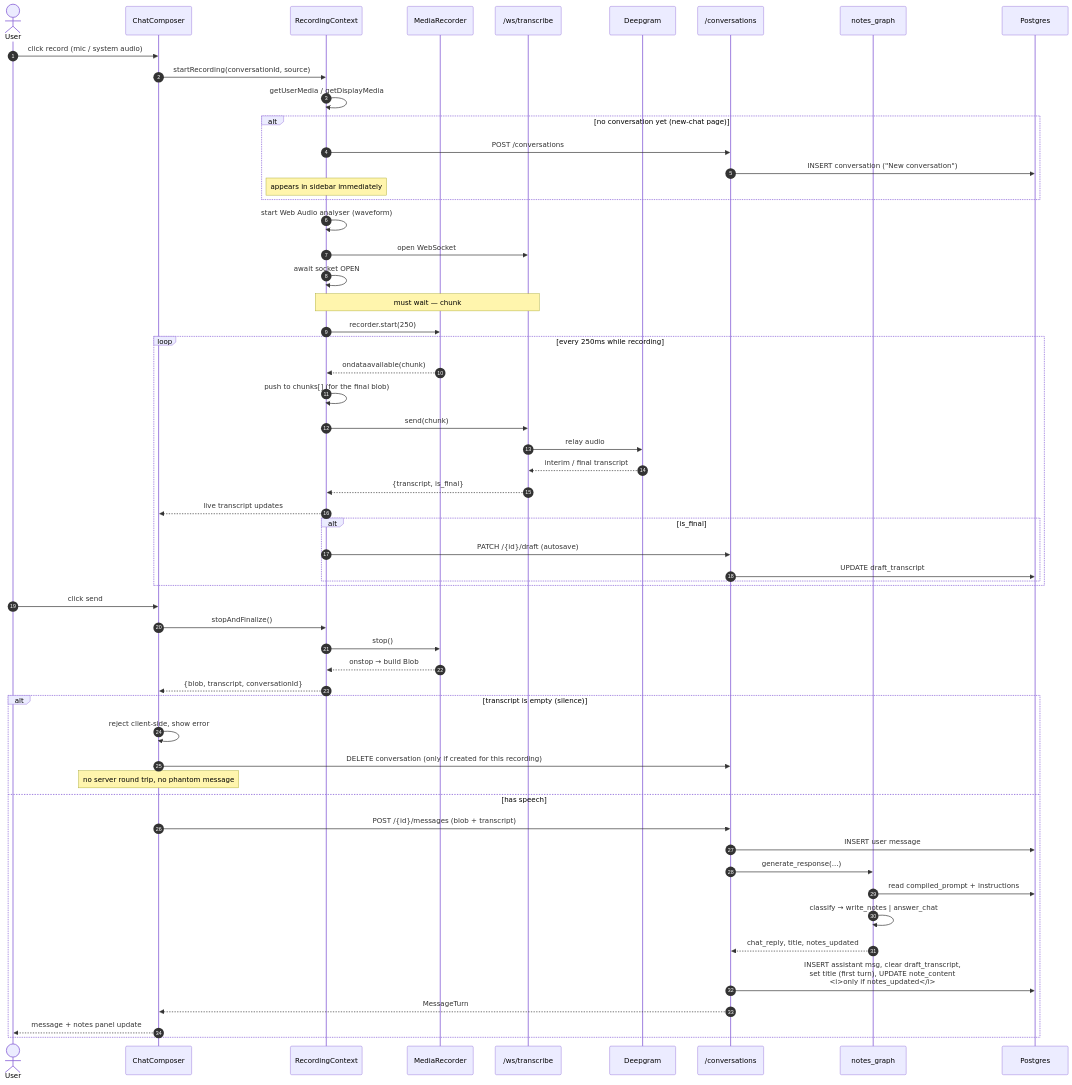
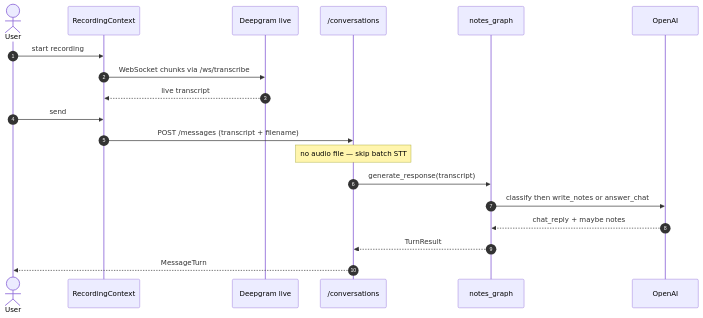
Before and after one commit to karlwehbe/AI-Note-taker: the third of 12 diagrams in FLOW.md, drawn with Mermaid. The commit also changed other lines of this file and 6 other files, not shown here.

Commit message:
Send live recordings as transcript only; keep audio blob for file uploads

````diff
--- a/FLOW.md
+++ b/FLOW.md
@@ -126,63 +113,22 @@
 ```mermaid
 sequenceDiagram
   autonumber
   actor U as User
-  participant CC as ChatComposer
   participant RC as RecordingContext
-  participant MR as MediaRecorder
-  participant WS as /ws/transcribe
-  participant DG as Deepgram
+  participant DG as Deepgram live
   participant API as /conversations
   participant G as notes_graph
-  participant DB as Postgres
+  participant LLM as OpenAI
 
-  U->>CC: click record (mic / system audio)
-  CC->>RC: startRecording(conversationId, source)
-  RC->>RC: getUserMedia / getDisplayMedia
-  alt no conversation yet (new-chat page)
-    RC->>API: POST /conversations
-    API->>DB: INSERT conversation ("New conversation")
-    Note over RC: appears in sidebar immediately
-  end
-  RC->>RC: start Web Audio analyser (waveform)
-  RC->>WS: open WebSocket
-  RC->>RC: await socket OPEN
-  Note over RC,WS: must wait — chunk #1 carries the container<br/>header every later chunk needs to decode
-  RC->>MR: recorder.start(250)
-
-  loop every 250ms while recording
-    MR-->>RC: ondataavailable(chunk)
-    RC->>RC: push to chunks[] (for the final blob)
-    RC->>WS: send(chunk)
-    WS->>DG: relay audio
-    DG-->>WS: interim / final transcript
-    WS-->>RC: {transcript, is_final}
-    RC-->>CC: live transcript updates
-    alt is_final
-      RC->>API: PATCH /{id}/draft (autosave)
-      API->>DB: UPDATE draft_transcript
-    end
-  end
-
-  U->>CC: click send
-  CC->>RC: stopAndFinalize()
-  RC->>MR: stop()
-  MR-->>RC: onstop → build Blob
-  RC-->>CC: {blob, transcript, conversationId}
-
-  alt transcript is empty (silence)
-    CC->>CC: reject client-side, show error
-    CC->>API: DELETE conversation (only if created for this recording)
-    Note over CC: no server round trip, no phantom message
-  else has speech
-    CC->>API: POST /{id}/messages (blob + transcript)
-    API->>DB: INSERT user message
-    API->>G: generate_response(...)
-    G->>DB: read compiled_prompt + instructions
-    G->>G: classify → write_notes | answer_chat
-    G-->>API: chat_reply, title, notes_updated
-    API->>DB: INSERT assistant msg, clear draft_transcript,<br/>set title (first turn), UPDATE note_content<br/><i>only if notes_updated</i>
-    API-->>CC: MessageTurn
-    CC-->>U: message + notes panel update
-  end
+  U->>RC: start recording
+  RC->>DG: WebSocket chunks via /ws/transcribe
+  DG-->>RC: live transcript
+  U->>RC: send
+  RC->>API: POST /messages (transcript + filename)
+  Note over API: no audio file — skip batch STT
+  API->>G: generate_response(transcript)
+  G->>LLM: classify then write_notes or answer_chat
+  LLM-->>G: chat_reply + maybe notes
+  G-->>API: TurnResult
+  API-->>U: MessageTurn
 ```
````
